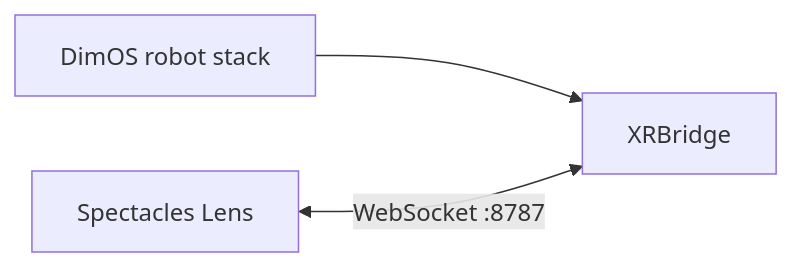
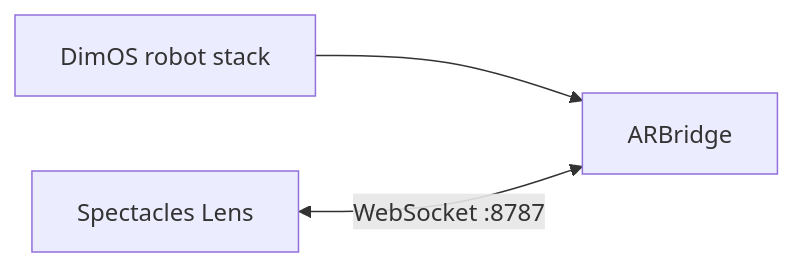
The first of 3 diagrams in README.md (V4C38/spectacles-dimensional-os), drawn with Mermaid before and after one commit. The commit also changed other lines of this file and 112 other files, not shown here.

````diff
--- a/README.md
+++ b/README.md
@@ -20,5 +20,5 @@
 ```mermaid
 flowchart LR
-  DimOS[DimOS robot stack] --> Bridge[XRBridge]
+  DimOS[DimOS robot stack] --> Bridge[ARBridge]
   Lens[Spectacles Lens] <-->|"WebSocket :8787"| Bridge
 ```
````
